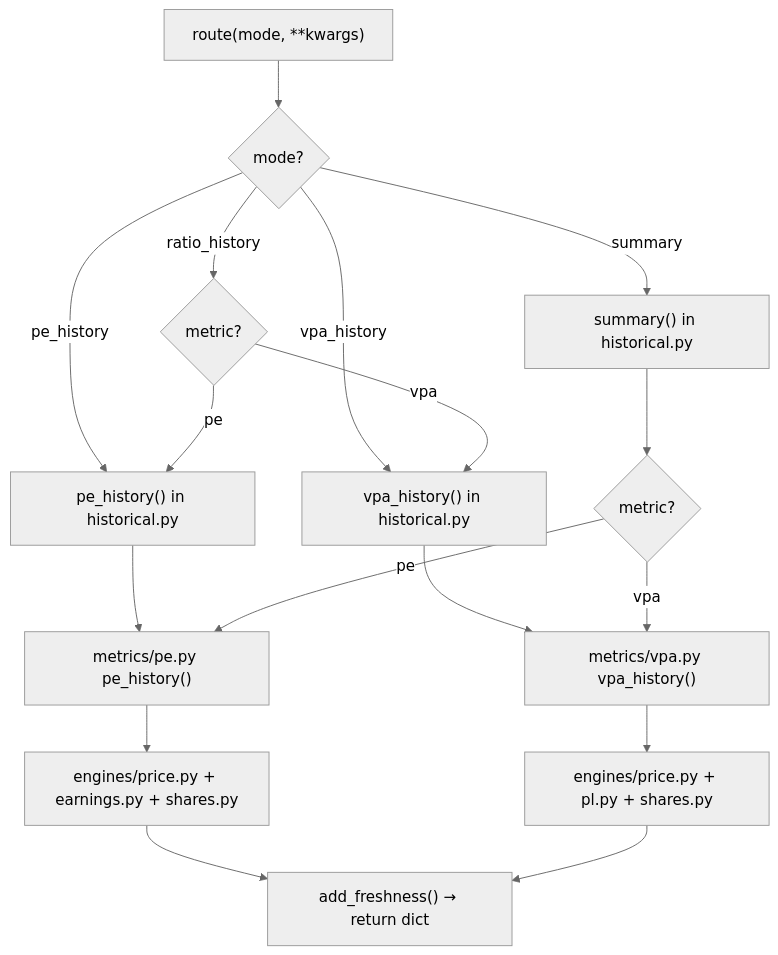
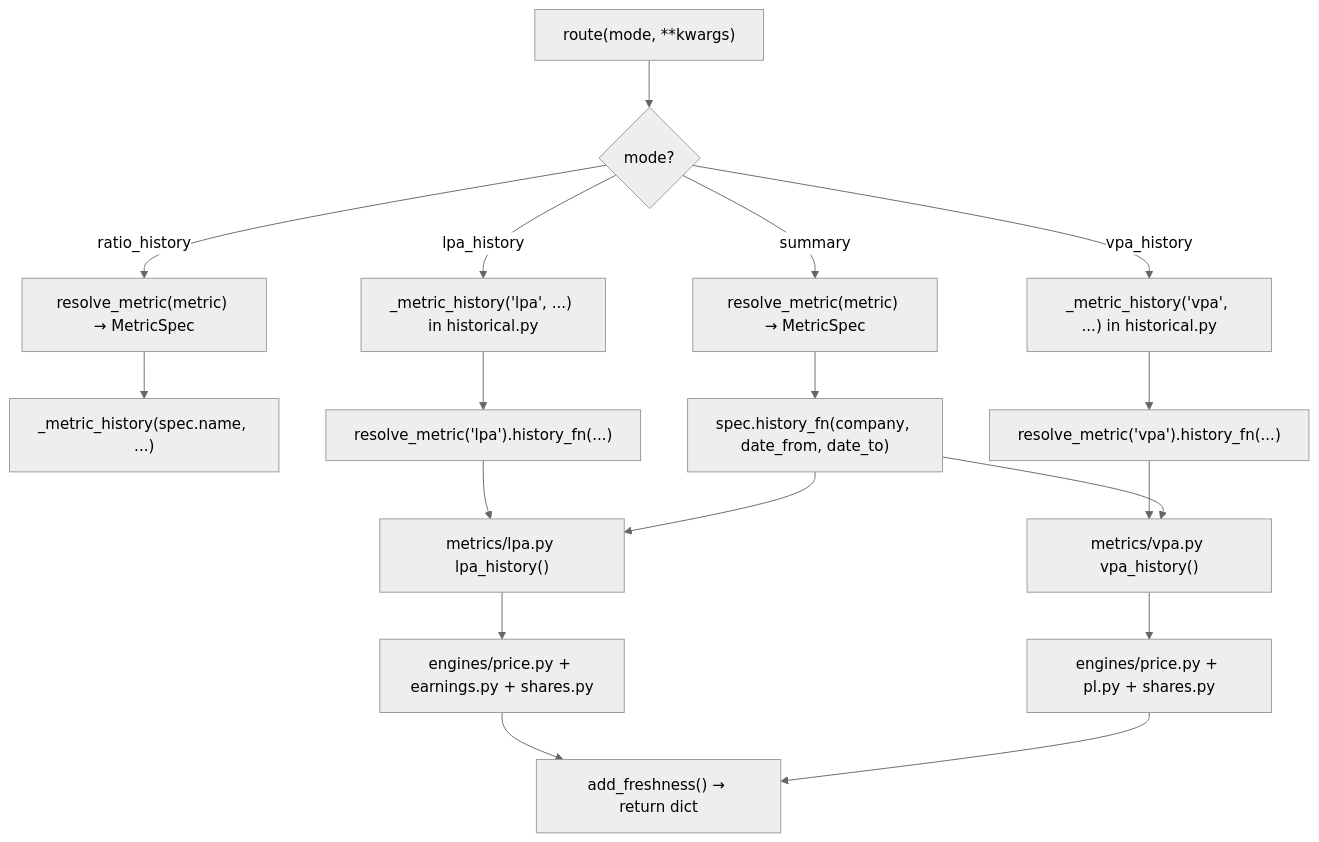
One commit to brunogcar/agent changed the diagram in docs/skills/cvm/historical/ARCHITECTURE.md. Above: the diagram before and after it, drawn with Mermaid (neutral theme). The commit also changed other lines of this file and 19 other files, not shown here.

````diff
--- a/docs/skills/cvm/historical/ARCHITECTURE.md
+++ b/docs/skills/cvm/historical/ARCHITECTURE.md
@@ -100,19 +120,20 @@
 ```mermaid
 graph TD
     A["route(mode, **kwargs)"] --> B{"mode?"}
-    B -->|pe_history| C["pe_history() in historical.py"]
-    B -->|vpa_history| D["vpa_history() in historical.py"]
-    B -->|ratio_history| E{"metric?"}
-    B -->|summary| F["summary() in historical.py"]
-    E -->|pe| C
-    E -->|vpa| D
-    C --> G["metrics/pe.py pe_history()"]
-    D --> H["metrics/vpa.py vpa_history()"]
-    F --> I{"metric?"}
-    I -->|pe| G
-    I -->|vpa| H
-    G --> J["engines/price.py + earnings.py + shares.py"]
-    H --> K["engines/price.py + pl.py + shares.py"]
-    J --> L["add_freshness() → return dict"]
-    K --> L
+    B -->|lpa_history| C["_metric_history('lpa', ...) in historical.py"]
+    B -->|vpa_history| D["_metric_history('vpa', ...) in historical.py"]
+    B -->|ratio_history| E["resolve_metric(metric) → MetricSpec"]
+    B -->|summary| F["resolve_metric(metric) → MetricSpec"]
+    E --> G["_metric_history(spec.name, ...)"]
+    F --> H["spec.history_fn(company, date_from, date_to)"]
+    C --> I["resolve_metric('lpa').history_fn(...)"]
+    D --> J["resolve_metric('vpa').history_fn(...)"]
+    I --> K["metrics/lpa.py lpa_history()"]
+    J --> L["metrics/vpa.py vpa_history()"]
+    H --> K
+    H --> L
+    K --> M["engines/price.py + earnings.py + shares.py"]
+    L --> N["engines/price.py + pl.py + shares.py"]
+    M --> O["add_freshness() → return dict"]
+    N --> O
 ```
````
